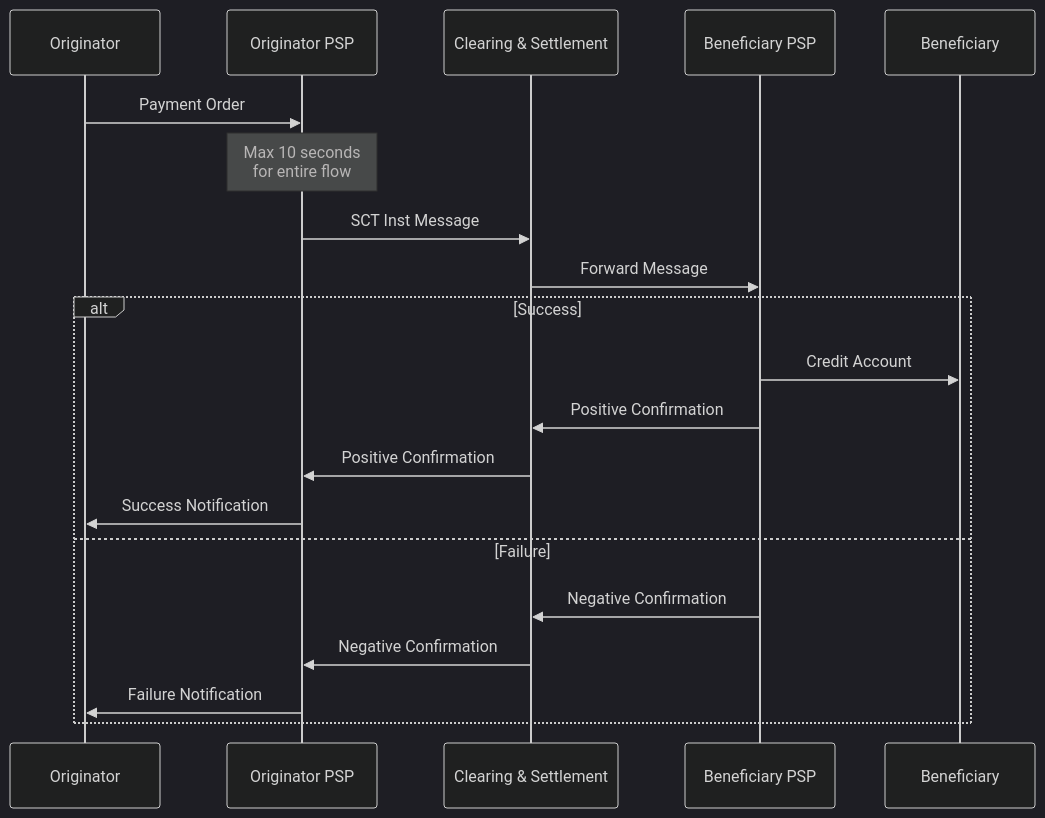
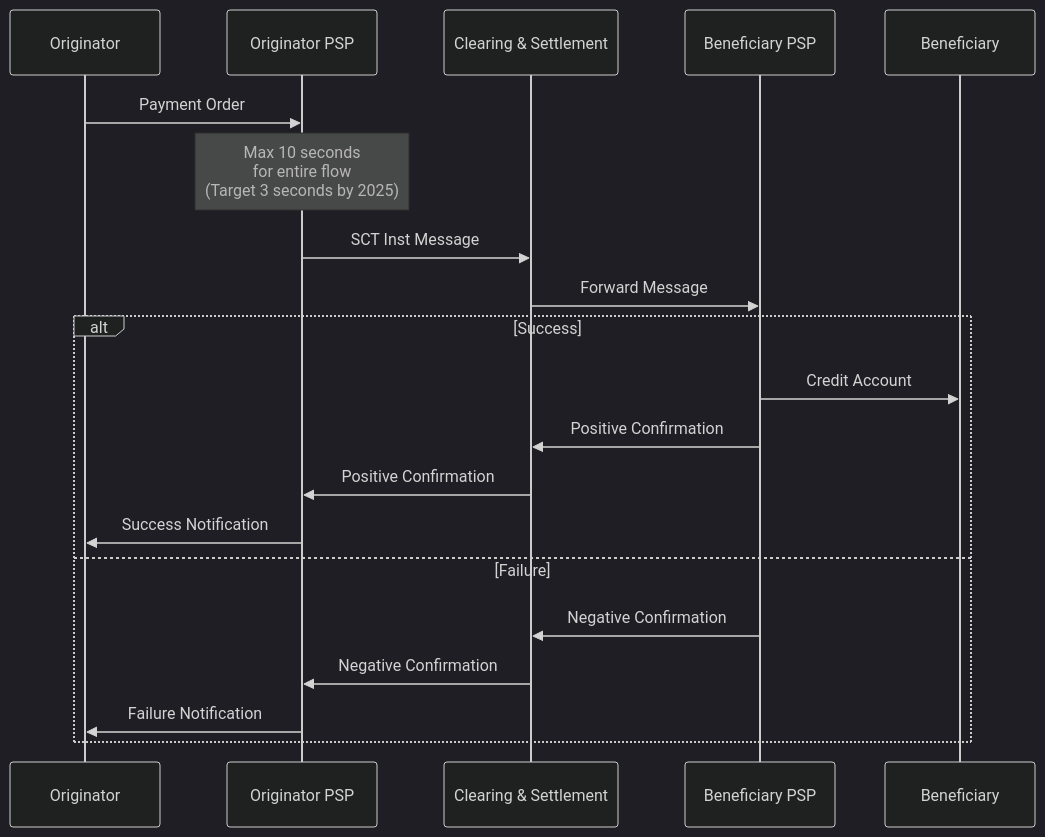
One commit to dug-21/arch-research changed the third of 9 diagrams in epics/active/issue-3/processes/real-time-payments.md. Above: the diagram before and after it, drawn with Mermaid (dark theme). The commit also changed other lines of this file and 35 other files, not shown here.

First line of the commit message:
feat: Complete comprehensive payments industry architecture research (issue #3)

````diff
--- a/epics/active/issue-3/processes/real-time-payments.md
+++ b/epics/active/issue-3/processes/real-time-payments.md
@@ -124,26 +135,26 @@
 ```mermaid
 sequenceDiagram
     participant Originator
     participant Originator PSP
     participant CSM as Clearing & Settlement
     participant Beneficiary PSP
     participant Beneficiary
     
     Originator->>Originator PSP: Payment Order
     
-    Note over Originator PSP: Max 10 seconds<br/>for entire flow
+    Note over Originator PSP: Max 10 seconds<br/>for entire flow<br/>(Target 3 seconds by 2025)
     
     Originator PSP->>CSM: SCT Inst Message
     CSM->>Beneficiary PSP: Forward Message
     
     alt Success
         Beneficiary PSP->>Beneficiary: Credit Account
         Beneficiary PSP->>CSM: Positive Confirmation
         CSM->>Originator PSP: Positive Confirmation
         Originator PSP->>Originator: Success Notification
     else Failure
         Beneficiary PSP->>CSM: Negative Confirmation
         CSM->>Originator PSP: Negative Confirmation
         Originator PSP->>Originator: Failure Notification
     end
 ```
````
